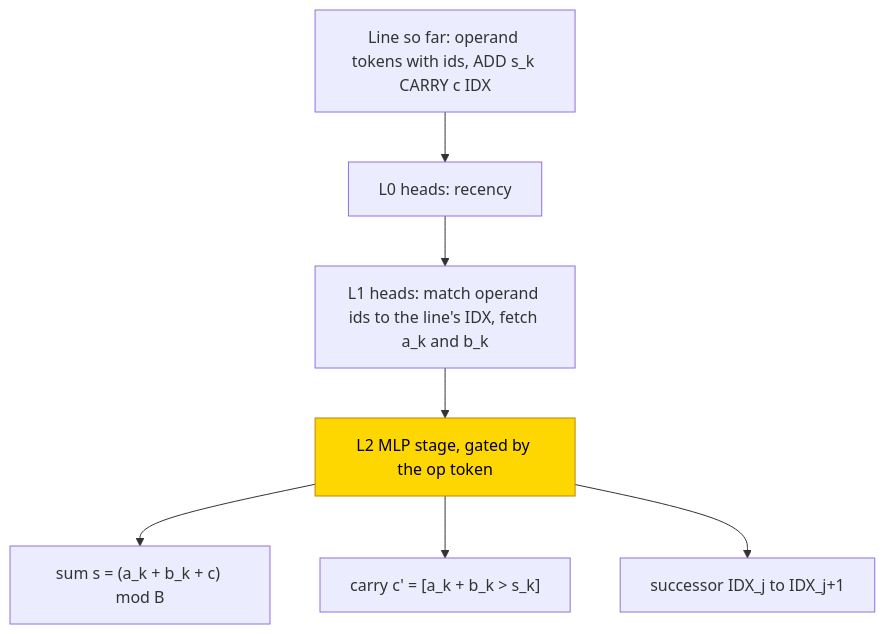
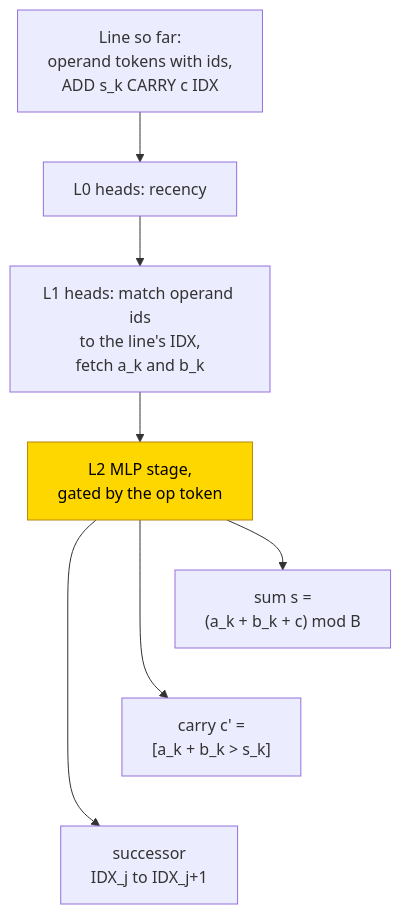
One commit to jc1122/mechanistic-interpretability-circuit-atlas changed the first of 2 diagrams in entries/router-addition.md. Above: the diagram before and after it, drawn with Mermaid. The commit also changed other lines of this file and 40 other files, not shown here.

First line of the commit message:
Cold-reader pass on all 41 entries: reading routes, first-screen scopes, accessible diagrams, verified headline sources (ux_reader1/2)

````diff
--- a/entries/router-addition.md
+++ b/entries/router-addition.md
@@ -98,11 +100,16 @@
 ```mermaid
 flowchart TD
-    T["Line so far: operand tokens with ids, ADD s_k CARRY c IDX"] --> L0["L0 heads: recency"]
-    L0 --> L1["L1 heads: match operand ids to the line's IDX, fetch a_k and b_k"]
-    L1 --> M["L2 MLP stage, gated by the op token"]
-    M --> S["sum s = (a_k + b_k + c) mod B"]
-    M --> C["carry c' = [a_k + b_k > s_k]"]
-    M --> N["successor IDX_j to IDX_j+1"]
+    accTitle: Shared column labels route the addition step
+    accDescr: Frozen recency and label-matching heads fetch the two operand digits. Only the stage MLP is trained in PART; it writes a sum digit, outgoing carry and successor column label.
+    T["Line so far:<br/>operand tokens with ids,<br/>ADD s_k CARRY c IDX"] --> L0["L0 heads: recency"]
+    L0 --> L1["L1 heads: match operand ids<br/>to the line's IDX,<br/>fetch a_k and b_k"]
+    L1 --> M["L2 MLP stage,<br/>gated by the op token"]
+    M --> S["sum s =<br/>(a_k + b_k + c) mod B"]
+    M --> C["carry c' =<br/>[a_k + b_k > s_k]"]
+    M --> N["successor<br/>IDX_j to IDX_j+1"]
+    %% Invisible links stack outputs; they are not computational paths.
+    S ~~~ C
+    C ~~~ N
     classDef trained fill:gold,stroke:darkgoldenrod,color:black
     class M trained
 ```
````
